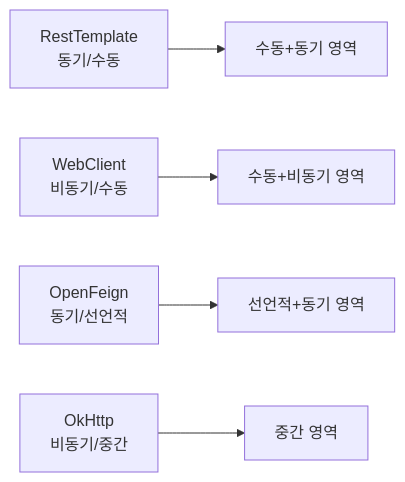
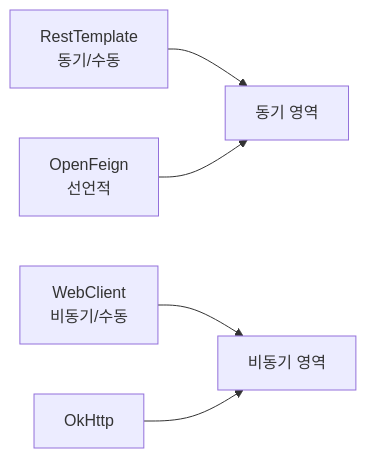
Before and after one commit to yjkim2015/yjkim2015.github.io: the third of 4 diagrams in _posts/spring/2026-05-01-rest-client-comparison.md, drawn with Mermaid. The commit also changed other lines of this file and 245 other files, not shown here.

First line of the commit message:
Mermaid 다이어그램 전면 수정 + 면접 포인트 접기/펼치기 + DB 데드락 페이지

````diff
--- a/_posts/spring/2026-05-01-rest-client-comparison.md
+++ b/_posts/spring/2026-05-01-rest-client-comparison.md
@@ -701,7 +701,7 @@
 ```mermaid
 graph LR
-    RT["RestTemplate\n동기/수동"] --> POS1["수동+동기 영역"]
-    WC["WebClient\n비동기/수동"] --> POS2["수동+비동기 영역"]
-    FE["OpenFeign\n동기/선언적"] --> POS3["선언적+동기 영역"]
-    OK["OkHttp\n비동기/중간"] --> POS4["중간 영역"]
+    RT["RestTemplate\n동기/수동"] --> SYN["동기 영역"]
+    WC["WebClient\n비동기/수동"] --> ASYN["비동기 영역"]
+    FE["OpenFeign\n선언적"] --> SYN
+    OK["OkHttp"] --> ASYN
 ```
````
